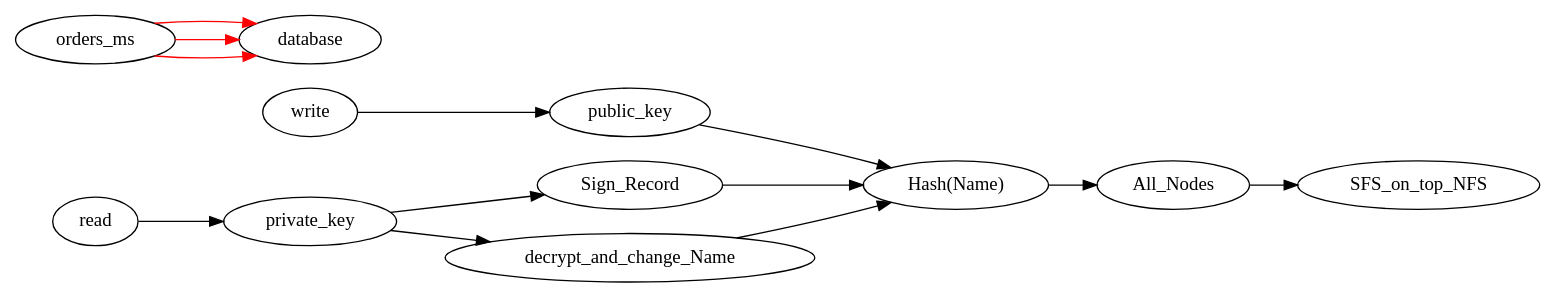
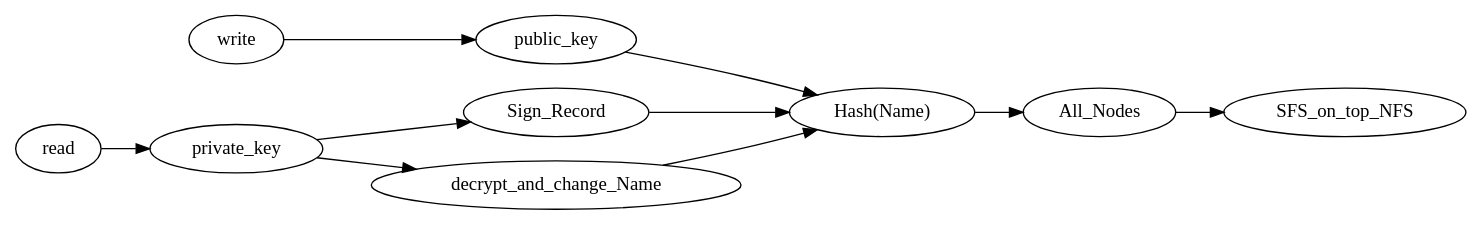
Before and after one commit to manilabay/blockchain-graphs: the diagram in ipfs.dot, drawn with Graphviz. The commit also changed 2 other files, not shown here.

```diff
--- a/ipfs.dot
+++ b/ipfs.dot
@@ -1,40 +1,37 @@
 digraph ipfs {
   rankdir=LR;
 
   subgraph naming_ipns {
 
     write -> public_key;
     public_key -> "Hash(Name)";
     "Hash(Name)" -> All_Nodes;
     private_key -> Sign_Record
     Sign_Record -> "Hash(Name)";
     All_Nodes -> SFS_on_top_NFS;
 
     read -> private_key;
     private_key -> decrypt_and_change_Name -> "Hash(Name)";
 
   }
 
   subgraph merkledag {
 
   }
 
   subgraph exchange {
-      orders_ms -> {database} [color="red"];
 
 
   }
 
   subgraph routing {
-      orders_ms -> {database} [color="red"];
 
 
   }
 
   subgraph network {
-      orders_ms -> {database} [color="red"];
 
 
   }
 
 }
```
